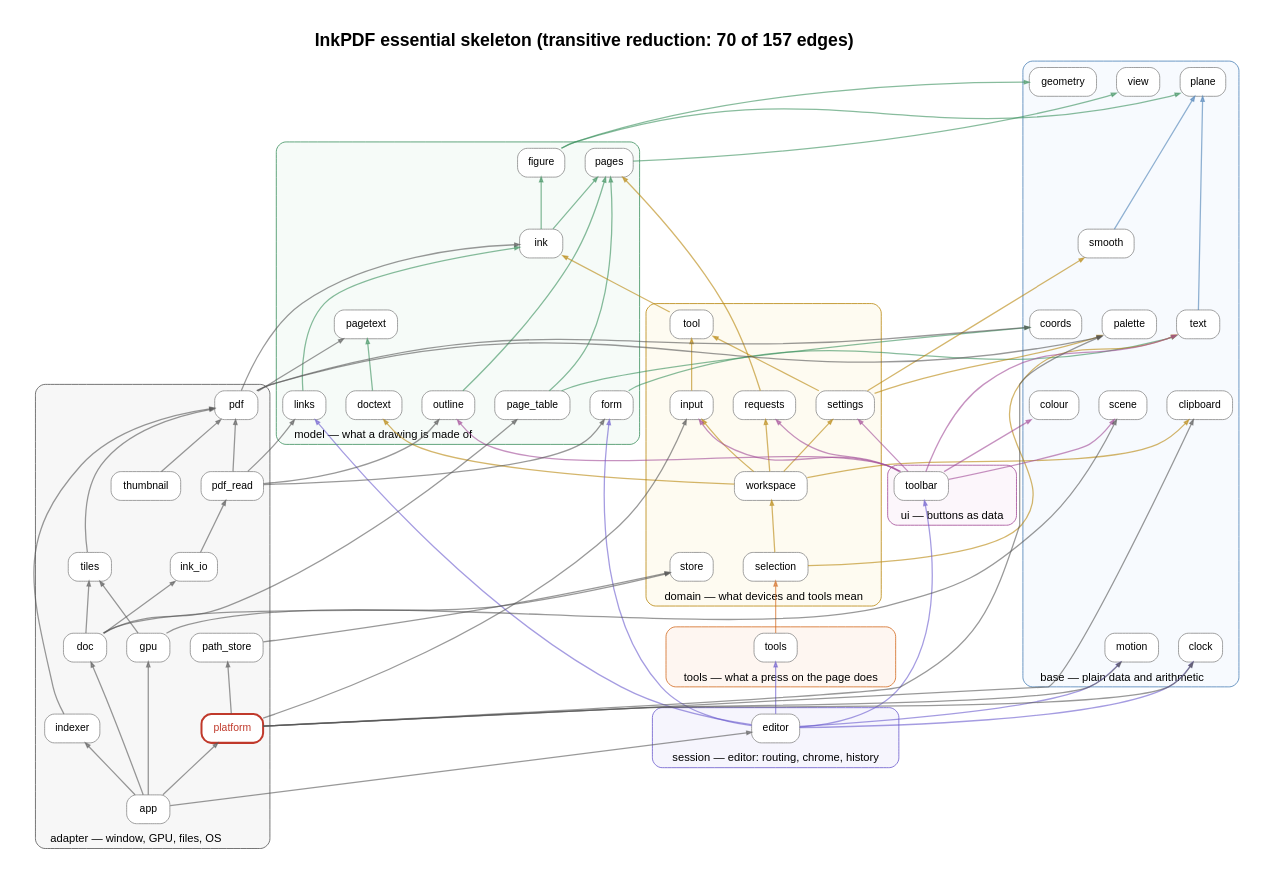
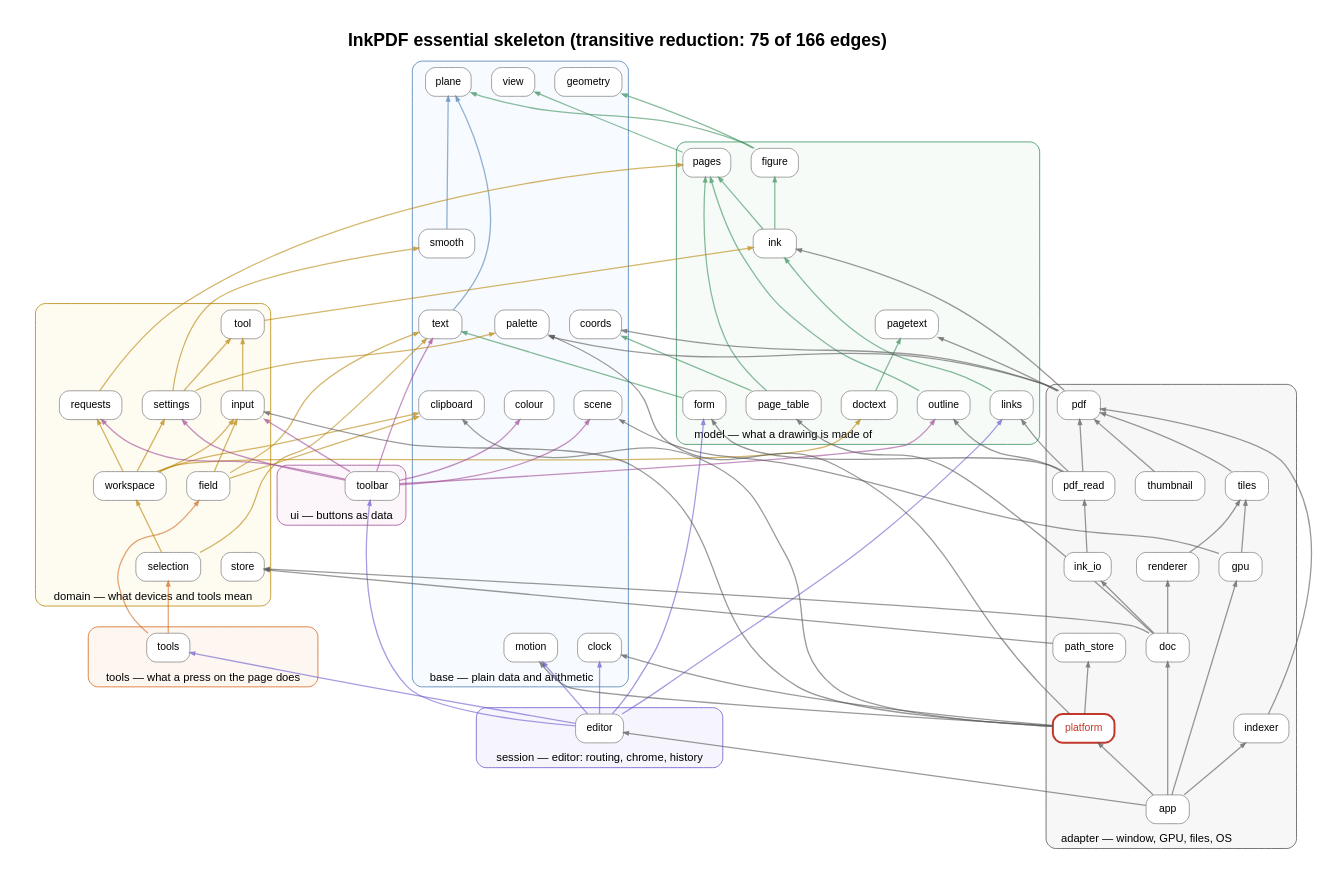
One commit to rajatmo/inkpdf changed the diagram in docs/deps/skeleton.dot. Above: the diagram before and after it, drawn with Graphviz. The commit also changed 82 other files, not shown here.

```diff
--- a/docs/deps/skeleton.dot
+++ b/docs/deps/skeleton.dot
@@ -1,132 +1,139 @@
 digraph G {
 rankdir=BT; newrank=true; compound=true; splines=true; nodesep=0.35; ranksep=0.9; pad=0.4;
-label=<<b>InkPDF essential skeleton (transitive reduction: 70 of 157 edges)</b>>; labelloc=t; fontsize=22; fontname="Helvetica";
+label=<<b>InkPDF essential skeleton (transitive reduction: 75 of 166 edges)</b>>; labelloc=t; fontsize=22; fontname="Helvetica";
 node [shape=box, style="rounded,filled", fontname="Helvetica", fontsize=13, margin="0.14,0.07", color="#888888"];
 edge [arrowsize=0.6];
 subgraph cluster_Base { label="base — plain data and arithmetic"; labeljust=l; fontname="Helvetica"; fontsize=14; style="rounded,filled"; fillcolor="#e8f1fb55"; color="#4a7fb5";
   "clipboard" [fillcolor="white"];
   "clock" [fillcolor="white"];
   "colour" [fillcolor="white"];
   "coords" [fillcolor="white"];
   "geometry" [fillcolor="white"];
   "motion" [fillcolor="white"];
   "palette" [fillcolor="white"];
   "plane" [fillcolor="white"];
   "scene" [fillcolor="white"];
   "smooth" [fillcolor="white"];
   "text" [fillcolor="white"];
   "view" [fillcolor="white"];
 }
 subgraph cluster_Model { label="model — what a drawing is made of"; labeljust=l; fontname="Helvetica"; fontsize=14; style="rounded,filled"; fillcolor="#e3f4ea55"; color="#3a8f5c";
   "doctext" [fillcolor="white"];
   "figure" [fillcolor="white"];
   "form" [fillcolor="white"];
   "ink" [fillcolor="white"];
   "links" [fillcolor="white"];
   "outline" [fillcolor="white"];
   "page_table" [fillcolor="white"];
   "pages" [fillcolor="white"];
   "pagetext" [fillcolor="white"];
 }
 subgraph cluster_Domain { label="domain — what devices and tools mean"; labeljust=l; fontname="Helvetica"; fontsize=14; style="rounded,filled"; fillcolor="#fdf3d655"; color="#b8860b";
+  "field" [fillcolor="white"];
   "input" [fillcolor="white"];
   "requests" [fillcolor="white"];
   "selection" [fillcolor="white"];
   "settings" [fillcolor="white"];
   "store" [fillcolor="white"];
   "tool" [fillcolor="white"];
   "workspace" [fillcolor="white"];
 }
 subgraph cluster_Ui { label="ui — buttons as data"; labeljust=l; fontname="Helvetica"; fontsize=14; style="rounded,filled"; fillcolor="#f6e4f355"; color="#a14a96";
   "toolbar" [fillcolor="white"];
 }
 subgraph cluster_Tools { label="tools — what a press on the page does"; labeljust=l; fontname="Helvetica"; fontsize=14; style="rounded,filled"; fillcolor="#fde5d455"; color="#d2691e";
   "tools" [fillcolor="white"];
 }
 subgraph cluster_Session { label="session — editor: routing, chrome, history"; labeljust=l; fontname="Helvetica"; fontsize=14; style="rounded,filled"; fillcolor="#e4e1f855"; color="#6a5acd";
   "editor" [fillcolor="white"];
 }
 subgraph cluster_Adapter { label="adapter — window, GPU, files, OS"; labeljust=l; fontname="Helvetica"; fontsize=14; style="rounded,filled"; fillcolor="#e6e6e655"; color="#555555";
   "app" [fillcolor="white"];
   "doc" [fillcolor="white"];
   "gpu" [fillcolor="white"];
   "indexer" [fillcolor="white"];
   "ink_io" [fillcolor="white"];
   "path_store" [fillcolor="white"];
   "pdf" [fillcolor="white"];
   "pdf_read" [fillcolor="white"];
   "platform" [fillcolor="white" penwidth=2.5 color="#c0392b" fontcolor="#c0392b"];
+  "renderer" [fillcolor="white"];
   "thumbnail" [fillcolor="white"];
   "tiles" [fillcolor="white"];
 }
 "app" -> "doc" [color="#55555599", penwidth=1.60, tooltip="3 uses"];
-"app" -> "editor" [color="#55555599", penwidth=1.60, tooltip="5 uses"];
+"app" -> "editor" [color="#55555599", penwidth=1.60, tooltip="6 uses"];
 "app" -> "gpu" [color="#55555599", penwidth=1.60, tooltip="5 uses"];
 "app" -> "indexer" [color="#55555599", penwidth=1.60, tooltip="2 uses"];
 "app" -> "platform" [color="#55555599", penwidth=1.60, tooltip="2 uses"];
 "doc" -> "ink_io" [color="#55555599", penwidth=1.60, tooltip="1 uses"];
 "doc" -> "page_table" [color="#55555599", penwidth=1.60, tooltip="2 uses"];
+"doc" -> "renderer" [color="#55555599", penwidth=1.60, tooltip="1 uses"];
 "doc" -> "store" [color="#55555599", penwidth=1.60, tooltip="1 uses"];
-"doc" -> "tiles" [color="#55555599", penwidth=1.60, tooltip="1 uses"];
 "doctext" -> "pagetext" [color="#3a8f5c99", penwidth=1.60, tooltip="1 uses"];
 "editor" -> "clock" [color="#6a5acd99", penwidth=1.60, tooltip="1 uses"];
 "editor" -> "form" [color="#6a5acd99", penwidth=1.60, tooltip="4 uses"];
 "editor" -> "links" [color="#6a5acd99", penwidth=1.60, tooltip="5 uses"];
 "editor" -> "motion" [color="#6a5acd99", penwidth=1.60, tooltip="4 uses"];
 "editor" -> "toolbar" [color="#6a5acd99", penwidth=1.60, tooltip="13 uses"];
 "editor" -> "tools" [color="#6a5acd99", penwidth=1.60, tooltip="9 uses"];
+"field" -> "clipboard" [color="#b8860b99", penwidth=1.60, tooltip="1 uses"];
+"field" -> "input" [color="#b8860b99", penwidth=1.60, tooltip="1 uses"];
+"field" -> "text" [color="#b8860b99", penwidth=1.60, tooltip="1 uses"];
 "figure" -> "geometry" [color="#3a8f5c99", penwidth=1.60, tooltip="1 uses"];
 "figure" -> "plane" [color="#3a8f5c99", penwidth=1.60, tooltip="1 uses"];
-"form" -> "text" [color="#3a8f5c99", penwidth=1.60, tooltip="2 uses"];
+"form" -> "text" [color="#3a8f5c99", penwidth=1.60, tooltip="1 uses"];
 "gpu" -> "scene" [color="#55555599", penwidth=1.60, tooltip="1 uses"];
 "gpu" -> "tiles" [color="#55555599", penwidth=1.60, tooltip="2 uses"];
 "indexer" -> "pdf" [color="#55555599", penwidth=1.60, tooltip="1 uses"];
 "ink" -> "figure" [color="#3a8f5c99", penwidth=1.60, tooltip="3 uses"];
-"ink" -> "pages" [color="#3a8f5c99", penwidth=1.60, tooltip="1 uses"];
+"ink" -> "pages" [color="#3a8f5c99", penwidth=1.60, tooltip="3 uses"];
 "ink_io" -> "pdf_read" [color="#55555599", penwidth=1.60, tooltip="3 uses"];
 "input" -> "tool" [color="#b8860b99", penwidth=1.60, tooltip="1 uses"];
 "links" -> "ink" [color="#3a8f5c99", penwidth=1.60, tooltip="1 uses"];
 "outline" -> "pages" [color="#3a8f5c99", penwidth=1.60, tooltip="1 uses"];
 "page_table" -> "coords" [color="#3a8f5c99", penwidth=1.60, tooltip="1 uses"];
 "page_table" -> "pages" [color="#3a8f5c99", penwidth=1.60, tooltip="1 uses"];
 "pages" -> "view" [color="#3a8f5c99", penwidth=1.60, tooltip="1 uses"];
 "path_store" -> "store" [color="#55555599", penwidth=1.60, tooltip="1 uses"];
 "pdf" -> "coords" [color="#55555599", penwidth=1.60, tooltip="2 uses"];
 "pdf" -> "ink" [color="#55555599", penwidth=1.60, tooltip="2 uses"];
 "pdf" -> "pagetext" [color="#55555599", penwidth=1.60, tooltip="2 uses"];
 "pdf" -> "palette" [color="#55555599", penwidth=1.60, tooltip="2 uses"];
 "pdf_read" -> "form" [color="#55555599", penwidth=1.60, tooltip="1 uses"];
 "pdf_read" -> "links" [color="#55555599", penwidth=1.60, tooltip="1 uses"];
 "pdf_read" -> "outline" [color="#55555599", penwidth=1.60, tooltip="1 uses"];
 "pdf_read" -> "pdf" [color="#55555599", penwidth=1.60, tooltip="1 uses"];
 "platform" -> "clipboard" [color="#55555599", penwidth=1.60, tooltip="4 uses"];
 "platform" -> "clock" [color="#55555599", penwidth=1.60, tooltip="3 uses"];
 "platform" -> "input" [color="#55555599", penwidth=1.60, tooltip="16 uses"];
 "platform" -> "motion" [color="#55555599", penwidth=1.60, tooltip="8 uses"];
 "platform" -> "palette" [color="#55555599", penwidth=1.60, tooltip="13 uses"];
 "platform" -> "path_store" [color="#55555599", penwidth=1.60, tooltip="2 uses"];
+"renderer" -> "tiles" [color="#55555599", penwidth=1.60, tooltip="1 uses"];
 "requests" -> "pages" [color="#b8860b99", penwidth=1.60, tooltip="1 uses"];
 "selection" -> "text" [color="#b8860b99", penwidth=1.60, tooltip="1 uses"];
 "selection" -> "workspace" [color="#b8860b99", penwidth=1.60, tooltip="1 uses"];
 "settings" -> "palette" [color="#b8860b99", penwidth=1.60, tooltip="1 uses"];
 "settings" -> "smooth" [color="#b8860b99", penwidth=1.60, tooltip="1 uses"];
 "settings" -> "tool" [color="#b8860b99", penwidth=1.60, tooltip="1 uses"];
 "smooth" -> "plane" [color="#4a7fb599", penwidth=1.60, tooltip="1 uses"];
 "text" -> "plane" [color="#4a7fb599", penwidth=1.60, tooltip="3 uses"];
 "thumbnail" -> "pdf" [color="#55555599", penwidth=1.60, tooltip="1 uses"];
 "tiles" -> "pdf" [color="#55555599", penwidth=1.60, tooltip="1 uses"];
 "tool" -> "ink" [color="#b8860b99", penwidth=1.60, tooltip="4 uses"];
 "toolbar" -> "colour" [color="#a14a9699", penwidth=1.60, tooltip="1 uses"];
 "toolbar" -> "input" [color="#a14a9699", penwidth=1.60, tooltip="1 uses"];
 "toolbar" -> "outline" [color="#a14a9699", penwidth=1.60, tooltip="1 uses"];
 "toolbar" -> "requests" [color="#a14a9699", penwidth=1.60, tooltip="1 uses"];
-"toolbar" -> "scene" [color="#a14a9699", penwidth=1.60, tooltip="19 uses"];
+"toolbar" -> "scene" [color="#a14a9699", penwidth=1.60, tooltip="17 uses"];
 "toolbar" -> "settings" [color="#a14a9699", penwidth=1.60, tooltip="1 uses"];
 "toolbar" -> "text" [color="#a14a9699", penwidth=1.60, tooltip="2 uses"];
+"tools" -> "field" [color="#d2691e99", penwidth=1.60, tooltip="1 uses"];
 "tools" -> "selection" [color="#d2691e99", penwidth=1.60, tooltip="1 uses"];
 "workspace" -> "clipboard" [color="#b8860b99", penwidth=1.60, tooltip="1 uses"];
 "workspace" -> "doctext" [color="#b8860b99", penwidth=1.60, tooltip="2 uses"];
 "workspace" -> "input" [color="#b8860b99", penwidth=1.60, tooltip="1 uses"];
 "workspace" -> "requests" [color="#b8860b99", penwidth=1.60, tooltip="1 uses"];
 "workspace" -> "settings" [color="#b8860b99", penwidth=1.60, tooltip="1 uses"];
 }
```
